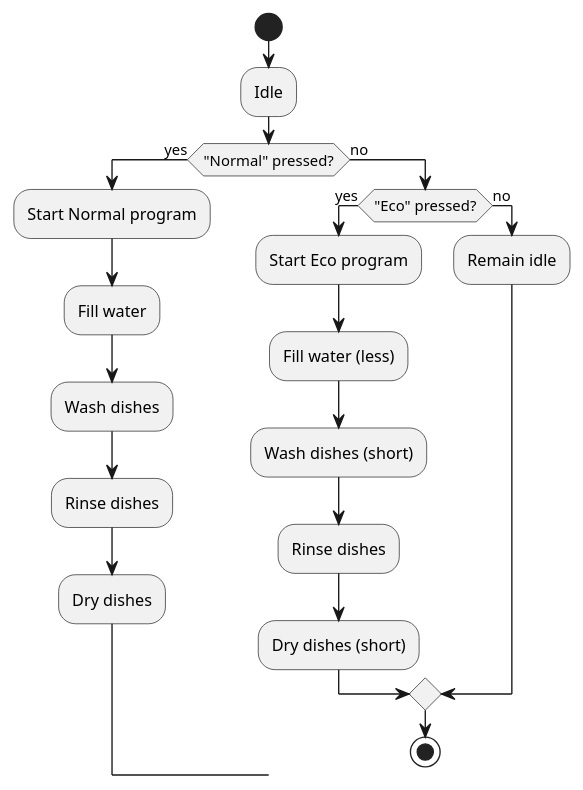
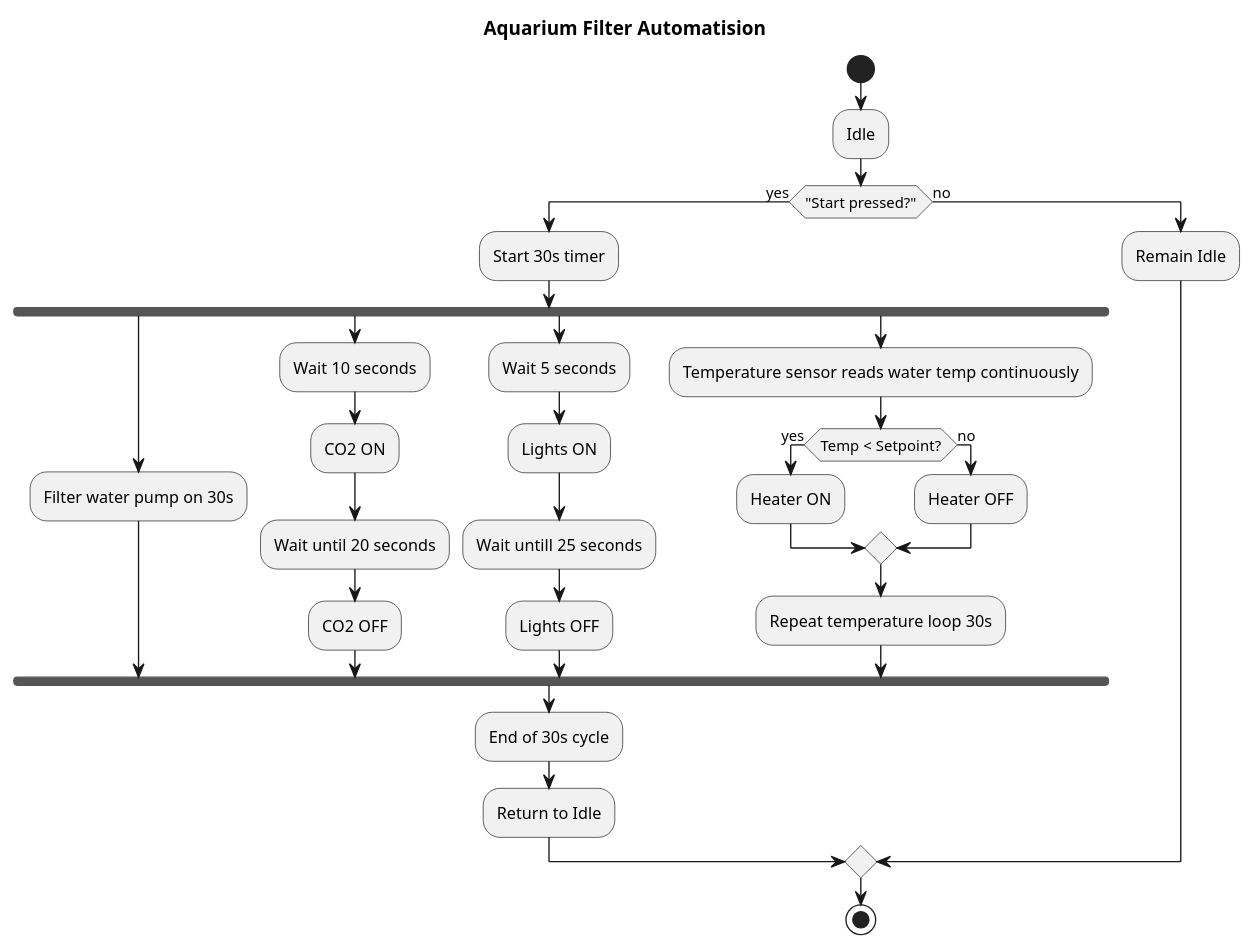
One commit to Doravandebuurt/personalAssignment changed the diagram in diagram.puml. Above: the diagram before and after it, drawn with PlantUML. The commit also changed 2 other files, not shown here.

```diff
--- a/diagram.puml
+++ b/diagram.puml
@@ -1,25 +1,42 @@
-@startuml Dishwasher
+@startuml AquariumFilter
+
+title Aquarium Filter Automatision
 
 start
 :Idle;
 
-if ("Normal" pressed?) then (yes)
-  :Start Normal program;
-  :Fill water;
-  :Wash dishes;
-  :Rinse dishes;
-  :Dry dishes;
+if ("Start pressed?") then (yes)
+  :Start 30s timer;
+  fork
+    
+    :Filter water pump on 30s;
+  fork again
+    :Wait 10 seconds;
+    :CO2 ON;
+    :Wait until 20 seconds;
+    :CO2 OFF;
+  fork again
+    :Wait 5 seconds;
+    :Lights ON;
+    :Wait untill 25 seconds;
+    :Lights OFF;
+  fork again
+    :Temperature sensor reads water temp continuously;
+    if (Temp < Setpoint?) then (yes)
+        :Heater ON;
+    else (no)
+        :Heater OFF;
+    endif
+    :Repeat temperature loop 30s;
+  end fork
+
+  :End of 30s cycle;
+  :Return to Idle;
+
 else (no)
-if ("Eco" pressed?) then (yes)
-  :Start Eco program;
-  :Fill water (less);
-  :Wash dishes (short);
-  :Rinse dishes;
-  :Dry dishes (short);
-else (no)
-  :Remain idle;
+  :Remain Idle;
 endif
 
 stop
 
 @enduml
```
